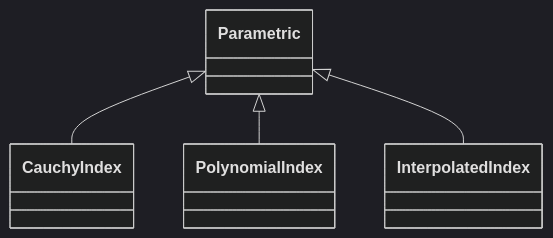
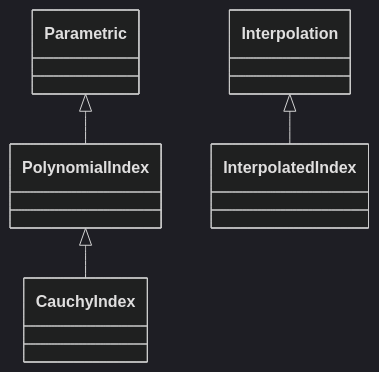
Before and after one commit to LouisDesdoigts/dLux: the eighth of 12 diagrams in docs/API/core/overview.md, drawn with Mermaid (dark theme). The commit also changed other lines of this file and 8 other files, not shown here.

````diff
--- a/docs/API/core/overview.md
+++ b/docs/API/core/overview.md
@@ -208,13 +198,14 @@
 ```mermaid
 classDiagram
     class dLux_parametric_refractive_CauchyIndex["CauchyIndex"]
     class dLux_parametric_refractive_PolynomialIndex["PolynomialIndex"]
     class dLux_parametric_refractive_InterpolatedIndex["InterpolatedIndex"]
+    class dLux_parametric_parametrics_Interpolation["Interpolation"]
     class dLux_parametric_parametrics_Parametric["Parametric"]
-    dLux_parametric_parametrics_Parametric <|-- dLux_parametric_refractive_CauchyIndex
-    click dLux_parametric_refractive_CauchyIndex href "../refractive/#dLux.parametric.refractive.CauchyIndex" "Attributes: coeffs, scale · Properties: coefficients · Methods: evaluate()"
+    dLux_parametric_refractive_PolynomialIndex <|-- dLux_parametric_refractive_CauchyIndex
+    click dLux_parametric_refractive_CauchyIndex href "../refractive/#dLux.parametric.refractive.CauchyIndex" "Attributes: coeffs, powers, scale"
     dLux_parametric_parametrics_Parametric <|-- dLux_parametric_refractive_PolynomialIndex
-    click dLux_parametric_refractive_PolynomialIndex href "../refractive/#dLux.parametric.refractive.PolynomialIndex" "Attributes: coeffs, scale · Properties: coefficients · Methods: evaluate()"
-    dLux_parametric_parametrics_Parametric <|-- dLux_parametric_refractive_InterpolatedIndex
-    click dLux_parametric_refractive_InterpolatedIndex href "../refractive/#dLux.parametric.refractive.InterpolatedIndex" "Attributes: wavelengths, indices, method, extrapolate · Methods: evaluate()"
+    click dLux_parametric_refractive_PolynomialIndex href "../refractive/#dLux.parametric.refractive.PolynomialIndex" "Attributes: coeffs, powers, scale · Methods: evaluate()"
+    dLux_parametric_parametrics_Interpolation <|-- dLux_parametric_refractive_InterpolatedIndex
+    click dLux_parametric_refractive_InterpolatedIndex href "../refractive/#dLux.parametric.refractive.InterpolatedIndex" "Attributes: knots, values, method, extrapolate, period · Methods: evaluate()"
 ```
````
